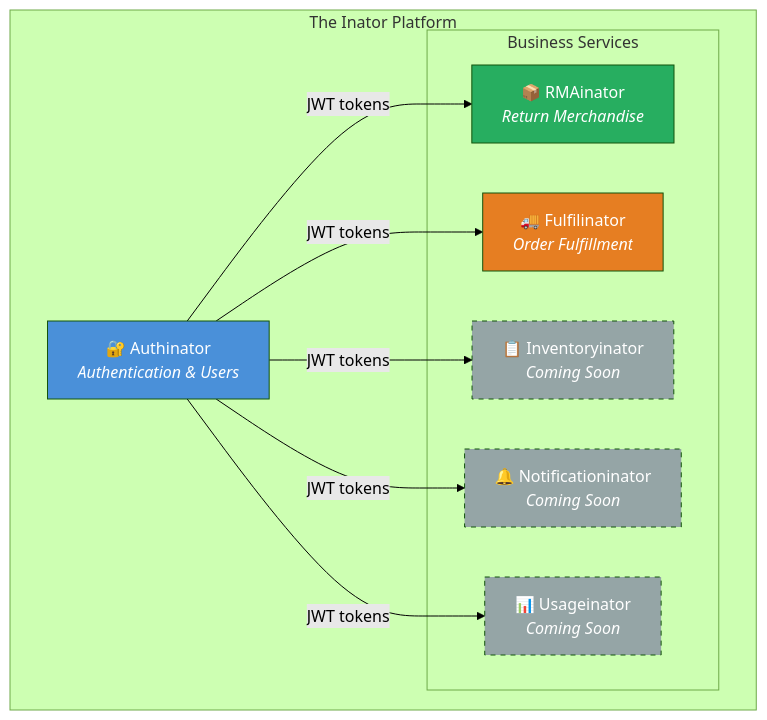
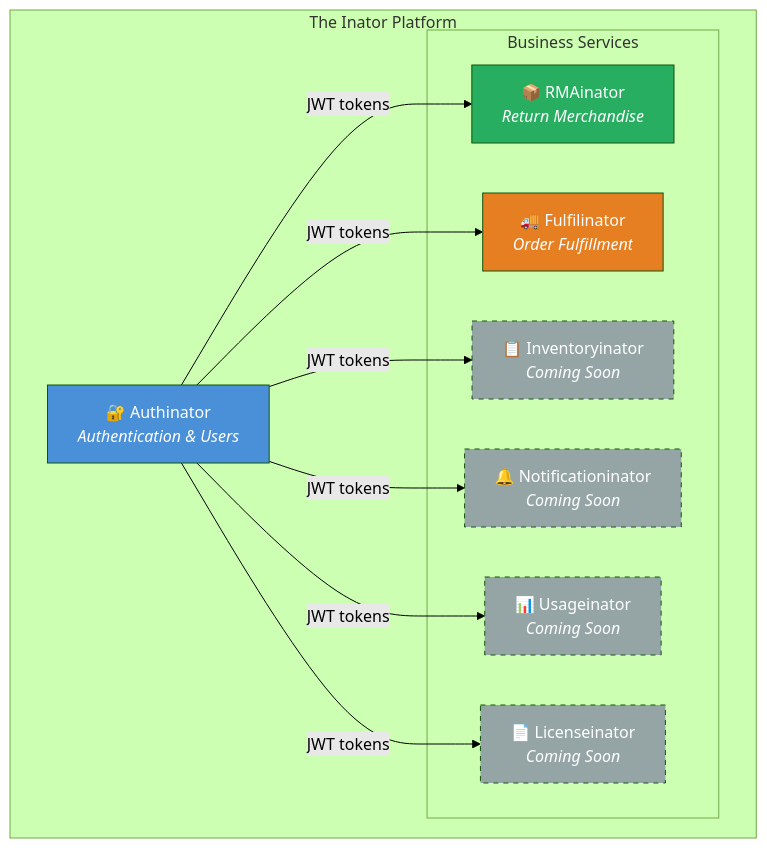
The first of 2 diagrams in README.md (losomode/inator), drawn with Mermaid (forest theme) before and after one commit.

Commit message:
Add Licenseinator to architecture diagram

````diff
--- a/README.md
+++ b/README.md
@@ -11,27 +11,30 @@
 ```mermaid
 graph TB
     subgraph "The Inator Platform"
         AUTH[🔐 Authinator<br/><i>Authentication & Users</i>]
 
         subgraph "Business Services"
             RMA[📦 RMAinator<br/><i>Return Merchandise</i>]
             FULFIL[🚚 Fulfilinator<br/><i>Order Fulfillment</i>]
             INV[📋 Inventoryinator<br/><i>Coming Soon</i>]
             NOTIF[🔔 Notificationinator<br/><i>Coming Soon</i>]
             USAGE[📊 Usageinator<br/><i>Coming Soon</i>]
+            LIC[📄 Licenseinator<br/><i>Coming Soon</i>]
         end
     end
 
     AUTH -- JWT tokens --> RMA
     AUTH -- JWT tokens --> FULFIL
     AUTH -- JWT tokens --> INV
     AUTH -- JWT tokens --> NOTIF
     AUTH -- JWT tokens --> USAGE
+    AUTH -- JWT tokens --> LIC
 
     style AUTH fill:#4a90d9,color:#fff
     style RMA fill:#27ae60,color:#fff
     style FULFIL fill:#e67e22,color:#fff
     style INV fill:#95a5a6,color:#fff,stroke-dasharray: 5 5
     style NOTIF fill:#95a5a6,color:#fff,stroke-dasharray: 5 5
     style USAGE fill:#95a5a6,color:#fff,stroke-dasharray: 5 5
+    style LIC fill:#95a5a6,color:#fff,stroke-dasharray: 5 5
 ```
````
